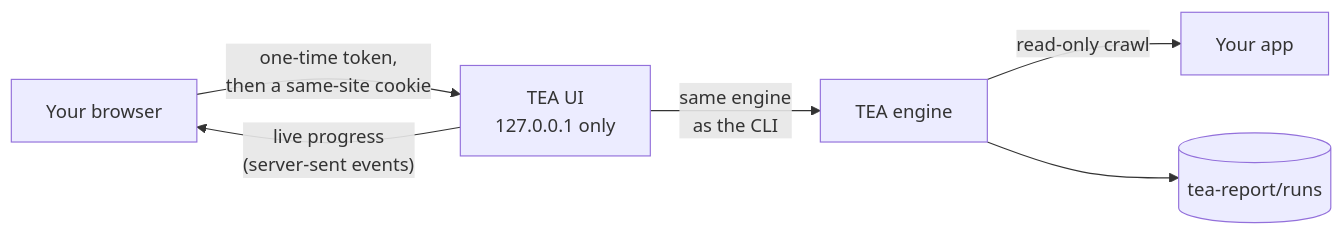
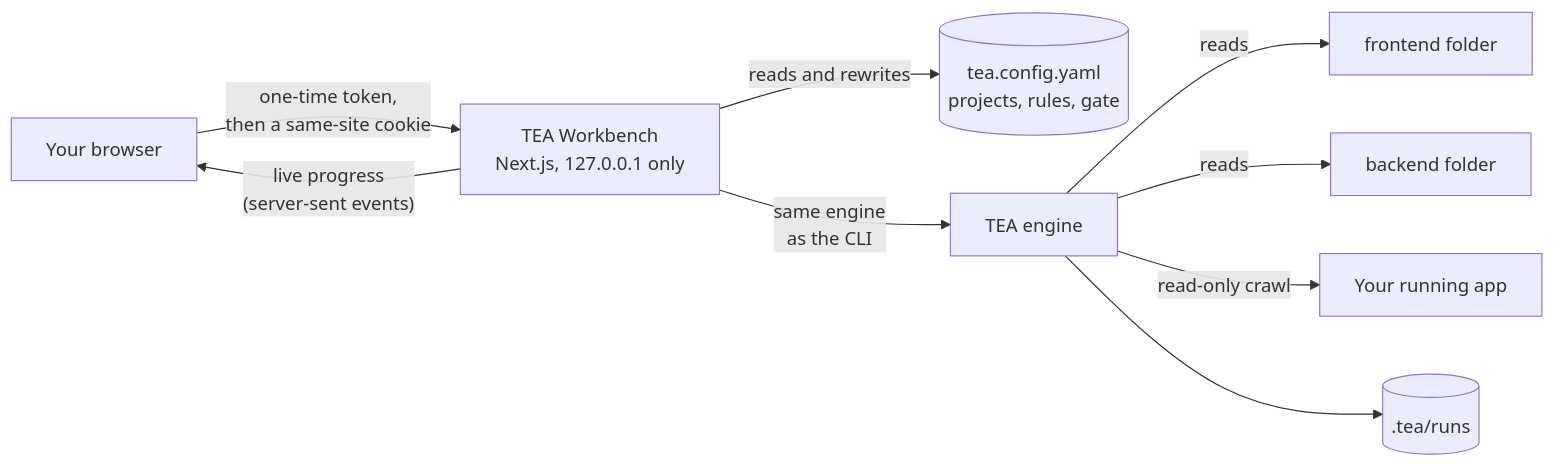
The first of 9 diagrams in README.md (deepbratt/TEA), drawn with Mermaid before and after one commit. The commit also changed other lines of this file and 106 other files, not shown here.

````diff
--- a/README.md
+++ b/README.md
@@ -78,8 +77,11 @@
 ```mermaid
 flowchart LR
-    B[Your browser] -- "one-time token,<br/>then a same-site cookie" --> U[TEA UI<br/>127.0.0.1 only]
-    U -- "same engine<br/>as the CLI" --> E[TEA engine]
-    E -- "read-only crawl" --> A[Your app]
-    E --> R[(tea-report/runs)]
-    U -- "live progress<br/>(server-sent events)" --> B
+    B[Your browser] -- "one-time token,<br/>then a same-site cookie" --> W[TEA Workbench<br/>Next.js, 127.0.0.1 only]
+    W -- "reads and rewrites" --> C[(tea.config.yaml<br/>projects, rules, gate)]
+    W -- "same engine<br/>as the CLI" --> E[TEA engine]
+    E -- "reads" --> F1[frontend folder]
+    E -- "reads" --> F2[backend folder]
+    E -- "read-only crawl" --> A[Your running app]
+    E --> R[(.tea/runs)]
+    W -- "live progress<br/>(server-sent events)" --> B
 ```
````
